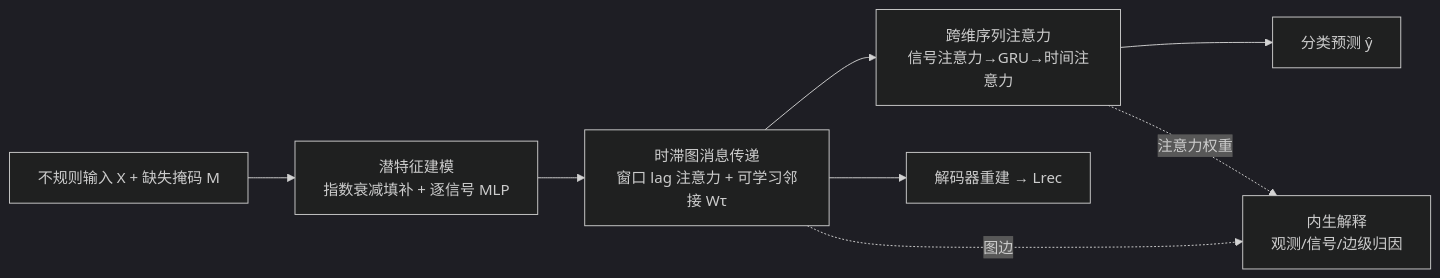
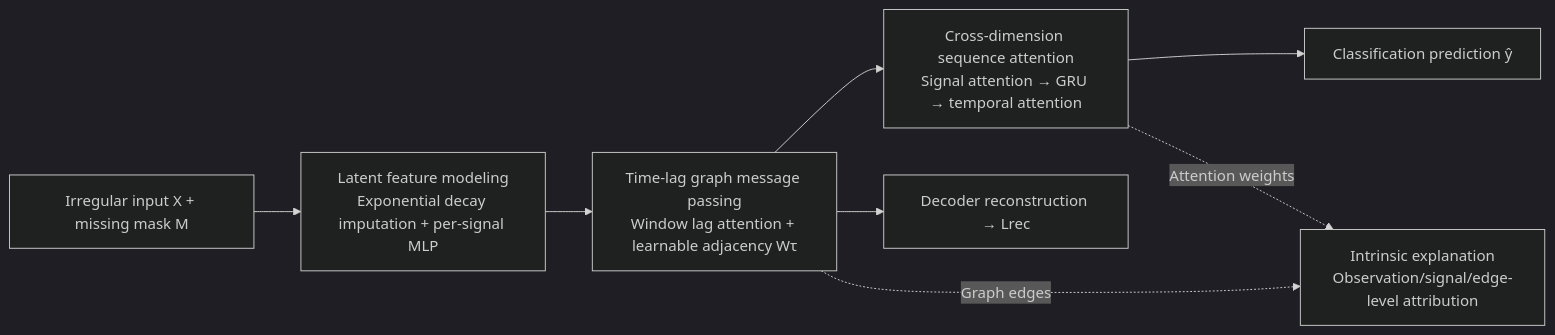
The diagram in docs/ICLR2026/time_series/garlic_graph_attention-based_relational_learning_of_multivariate_time_series_in_.md (zhaoyang97/Paper-Notes-en), drawn with Mermaid (dark theme) before and after one commit. The commit also changed 644 other files, not shown here.

````diff
--- a/docs/ICLR2026/time_series/garlic_graph_attention-based_relational_learning_of_multivariate_time_series_in_.md
+++ b/docs/ICLR2026/time_series/garlic_graph_attention-based_relational_learning_of_multivariate_time_series_in_.md
@@ -46,10 +46,10 @@
 ```mermaid
 flowchart LR
-    A[不规则输入 X + 缺失掩码 M] --> B[潜特征建模<br/>指数衰减填补 + 逐信号 MLP]
-    B --> C[时滞图消息传递<br/>窗口 lag 注意力 + 可学习邻接 Wτ]
-    C --> D[跨维序列注意力<br/>信号注意力→GRU→时间注意力]
-    D --> E[分类预测 ŷ]
-    C --> F[解码器重建 → Lrec]
-    D -.注意力权重.-> G[内生解释<br/>观测/信号/边级归因]
-    C -.图边.-> G
+    A[Irregular input X + missing mask M] --> B[Latent feature modeling<br/>Exponential decay imputation + per-signal MLP]
+    B --> C[Time-lag graph message passing<br/>Window lag attention + learnable adjacency Wτ]
+    C --> D[Cross-dimension sequence attention<br/>Signal attention → GRU → temporal attention]
+    D --> E[Classification prediction ŷ]
+    C --> F[Decoder reconstruction → Lrec]
+    D -.Attention weights.-> G[Intrinsic explanation<br/>Observation/signal/edge-level attribution]
+    C -.Graph edges.-> G
 ```
````
